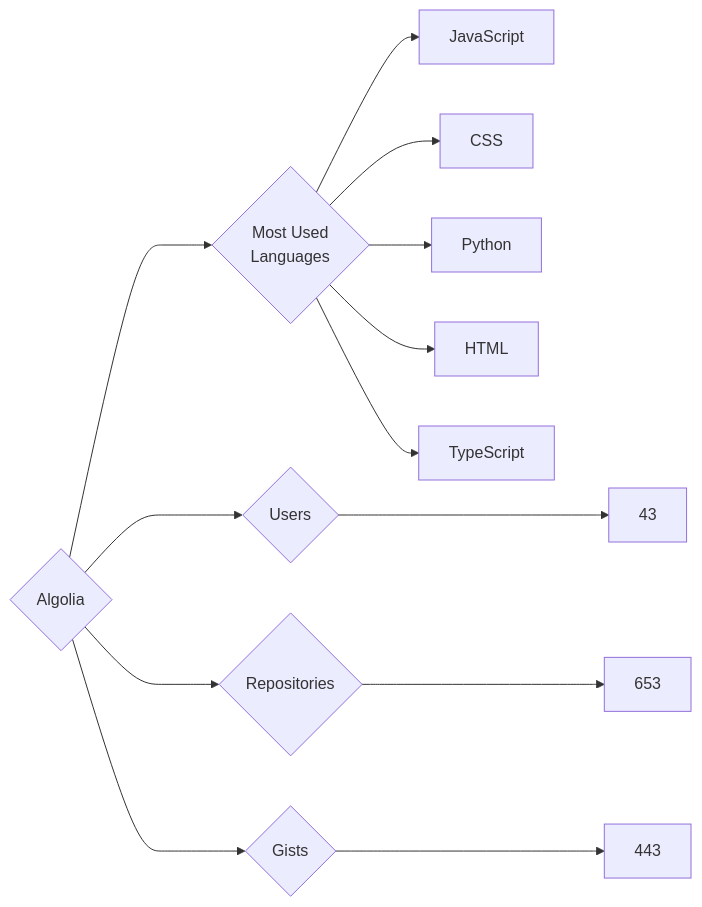
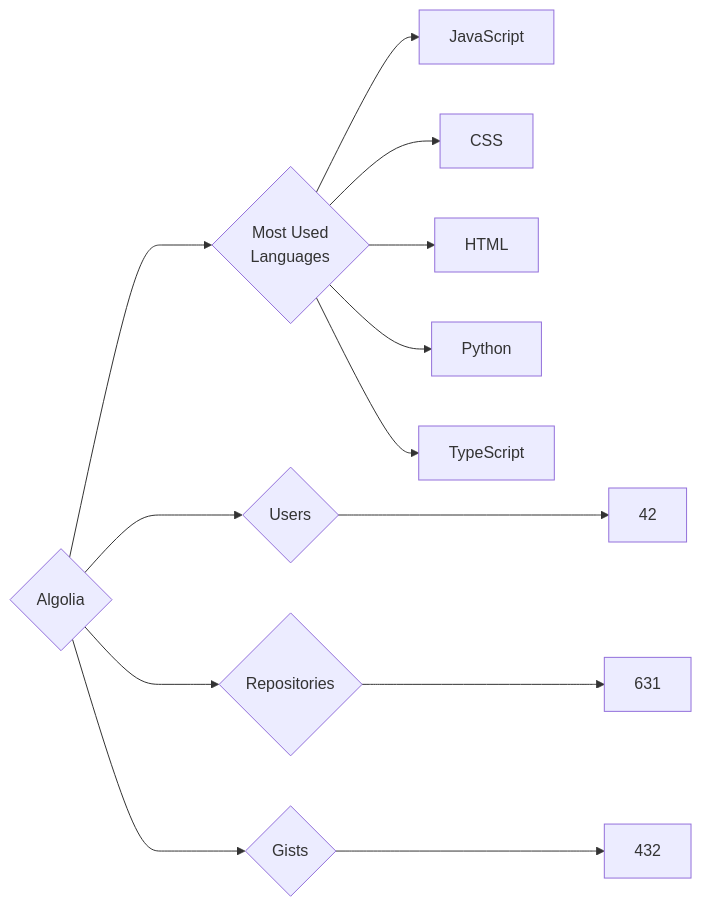
Before and after one commit to trickest/insiders: the diagram in targets/Algolia/README.md, drawn with Mermaid. The commit also changed 912 other files, not shown here.

````diff
--- a/targets/Algolia/README.md
+++ b/targets/Algolia/README.md
@@ -3,13 +3,13 @@
 ```mermaid
 graph LR
 COMPANY_NAME{Algolia}
-COMPANY_NAME ---> U{Users} ---> UN[43]
-COMPANY_NAME ---> R{Repositories} ---> RN[653]
-COMPANY_NAME ---> G{Gists} ---> GN[443]
+COMPANY_NAME ---> U{Users} ---> UN[42]
+COMPANY_NAME ---> R{Repositories} ---> RN[631]
+COMPANY_NAME ---> G{Gists} ---> GN[432]
 COMPANY_NAME ---> ML{Most Used<br>Languages}
 ML --> JavaScript[JavaScript]
 ML --> CSS[CSS]
+ML --> HTML[HTML]
 ML --> Python[Python]
-ML --> HTML[HTML]
 ML --> TypeScript[TypeScript]
 ```
````
